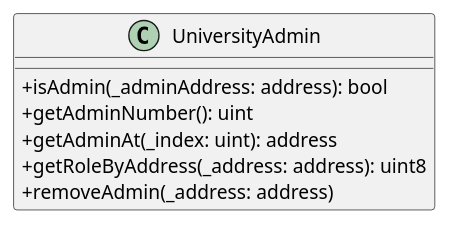
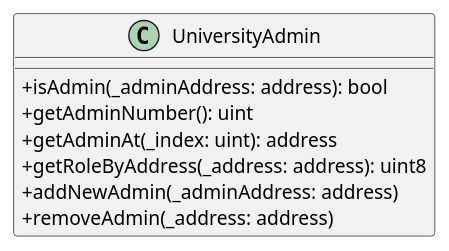
One commit to M9k/Marvin-Uml changed the diagram in web3function/file/UniversityAdmin.iuml. Above: the diagram before and after it, drawn with PlantUML. The commit also changed 1 other file, not shown here.

Commit message:
Scordato addNewAdmin

```diff
--- a/web3function/file/UniversityAdmin.iuml
+++ b/web3function/file/UniversityAdmin.iuml
@@ -1,10 +1,11 @@
 @startuml
 skinparam classAttributeIconSize 0
 class UniversityAdmin {
 + isAdmin(_adminAddress: address): bool
 + getAdminNumber(): uint
 + getAdminAt(_index: uint): address
 + getRoleByAddress(_address: address): uint8
++ addNewAdmin(_adminAddress: address)
 + removeAdmin(_address: address)
 }
 @enduml
```
